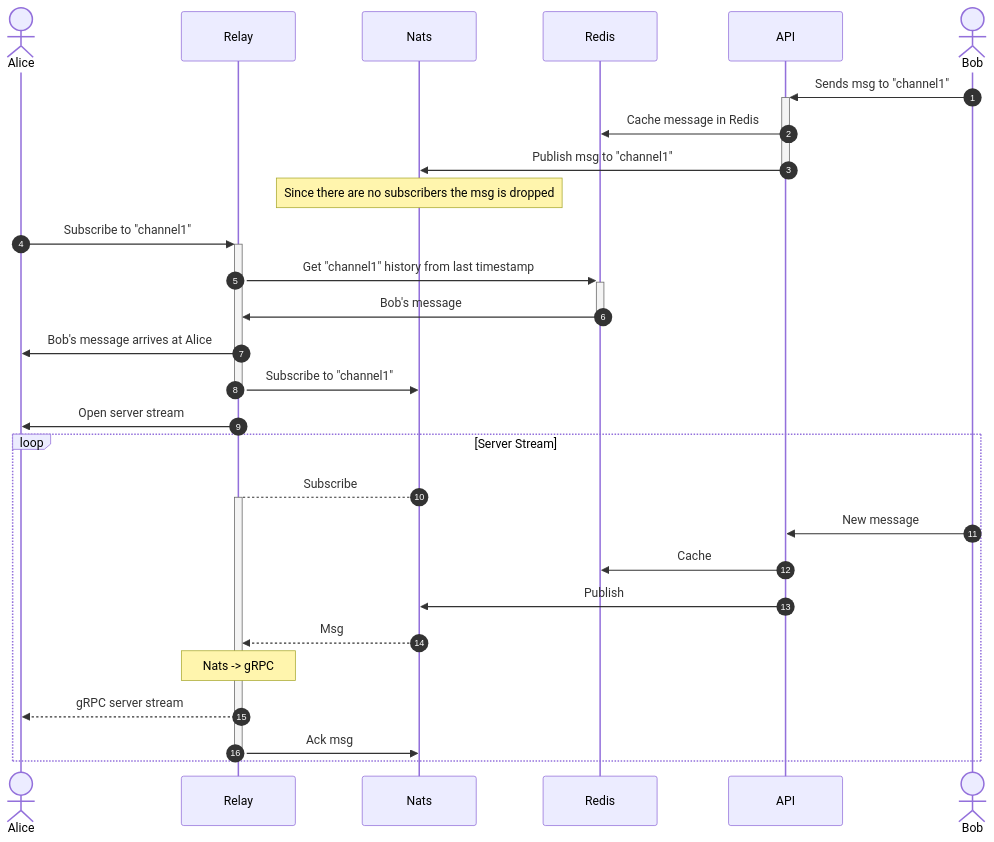
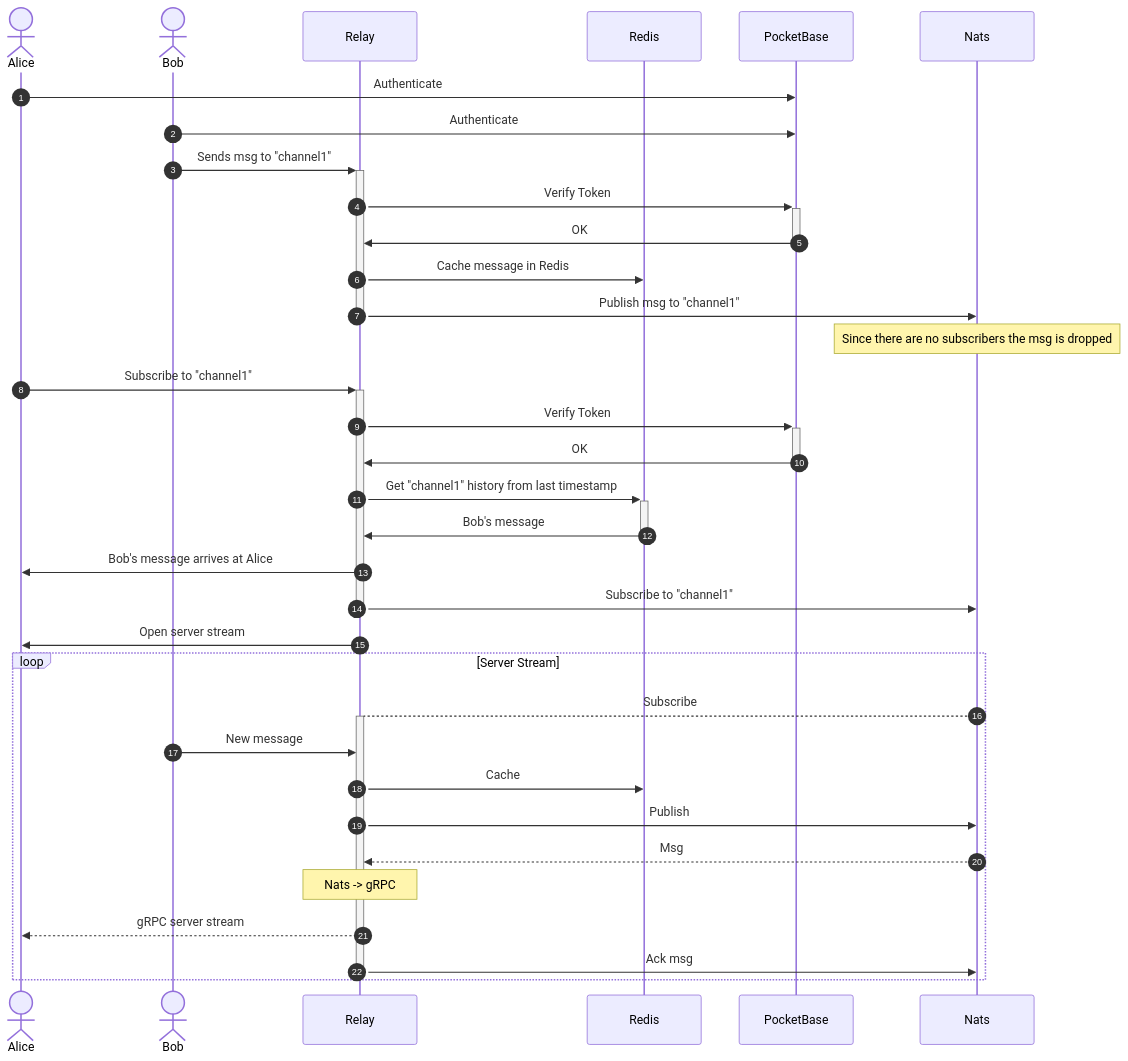
The diagram in docs/readme.md (Inveracity/svelte-grpc-stream), drawn with Mermaid before and after one commit. The commit also changed 36 other files, not shown here.

````diff
--- a/docs/readme.md
+++ b/docs/readme.md
@@ -18,33 +18,39 @@
 ```mermaid
 sequenceDiagram
 autonumber
 actor Alice
+actor Bob
 participant Relay
+participant Redis
+participant PocketBase
 participant Nats
-participant Redis
-participant API
-actor Bob
 
 
-Bob   ->>+ API   : Sends msg to "channel1"
-API   ->>  Redis : Cache message in Redis
-API   ->>- Nats  : Publish msg to "channel1"
-Note  over Nats  : Since there are no subscribers the msg is dropped
-Alice ->>+ Relay : Subscribe to "channel1"
-Relay ->>+ Redis : Get "channel1" history from last timestamp
-Redis ->>- Relay : Bob's message
-Relay ->>  Alice : Bob's message arrives at Alice
-Relay ->>- Nats  : Subscribe to "channel1"
-Relay ->>  Alice : Open server stream
+Alice      ->>  PocketBase : Authenticate
+Bob        ->>  PocketBase : Authenticate
+Bob        ->>+ Relay      : Sends msg to "channel1"
+Relay      ->>+ PocketBase : Verify Token
+PocketBase ->>- Relay      : OK
+Relay      ->>  Redis      : Cache message in Redis
+Relay      ->>- Nats       : Publish msg to "channel1"
+Note       over Nats       : Since there are no subscribers the msg is dropped
+Alice      ->>+ Relay      : Subscribe to "channel1"
+Relay      ->>+ PocketBase : Verify Token
+PocketBase ->>- Relay      : OK
+Relay      ->>+ Redis      : Get "channel1" history from last timestamp
+Redis      ->>- Relay      : Bob's message
+Relay      ->>  Alice      : Bob's message arrives at Alice
+Relay      ->>- Nats       : Subscribe to "channel1"
+Relay      ->>  Alice      : Open server stream
 
 loop Server Stream
     Nats  -->+ Relay : Subscribe
-    Bob   ->>  API   : New message
-    API   ->>  Redis : Cache
-    API   ->>  Nats  : Publish
+    Bob   ->>  Relay : New message
+    Relay ->>  Redis : Cache
+    Relay ->>  Nats  : Publish
     Nats  -->> Relay : Msg
     Note  over Relay : Nats -> gRPC
     Relay -->> Alice : gRPC server stream
     Relay ->>- Nats  : Ack msg
 end
 ```
````
